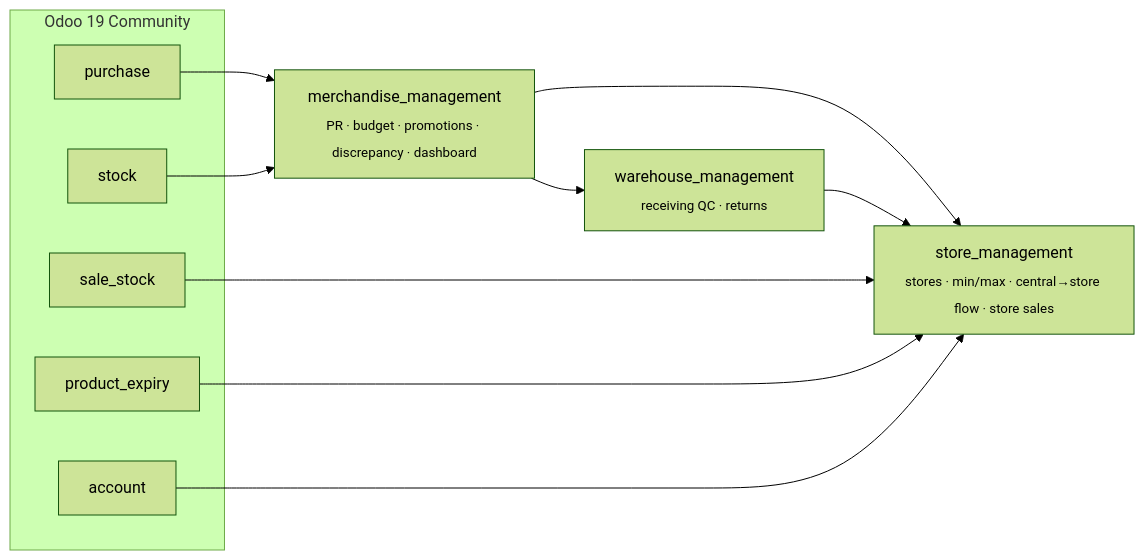
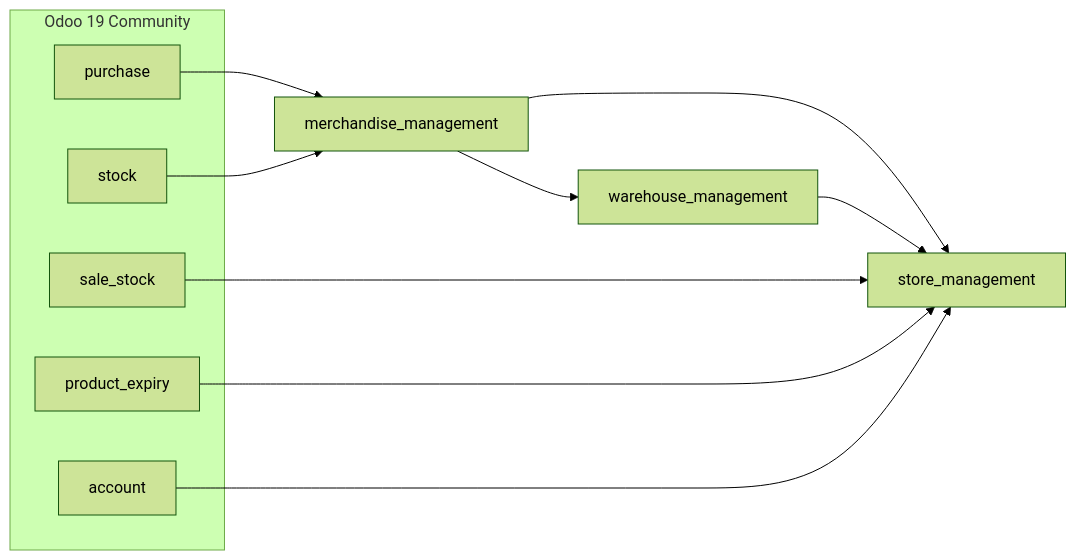
One commit to HoangPhucTony/Mis_Purchasing_OdooProject changed the first of 2 diagrams in README.md. Above: the diagram before and after it, drawn with Mermaid (forest theme). The commit also changed other lines of this file and 4 other files, not shown here.

````diff
--- a/README.md
+++ b/README.md
@@ -66,21 +74,21 @@
 ```mermaid
 flowchart LR
     subgraph Odoo["Odoo 19 Community"]
         purchase[purchase]
         stock[stock]
         sale[sale_stock]
         expiry[product_expiry]
         account[account]
     end
-    MER["merchandise_management<br/><sub>PR · budget · promotions · discrepancy · dashboard</sub>"]
-    WH["warehouse_management<br/><sub>receiving QC · returns</sub>"]
-    ST["store_management<br/><sub>stores · min/max · central→store flow · store sales</sub>"]
+    MER["merchandise_management"]
+    WH["warehouse_management"]
+    ST["store_management"]
     purchase --> MER
     stock --> MER
     MER --> WH
     MER --> ST
     WH --> ST
     sale --> ST
     expiry --> ST
     account --> ST
 ```
````
